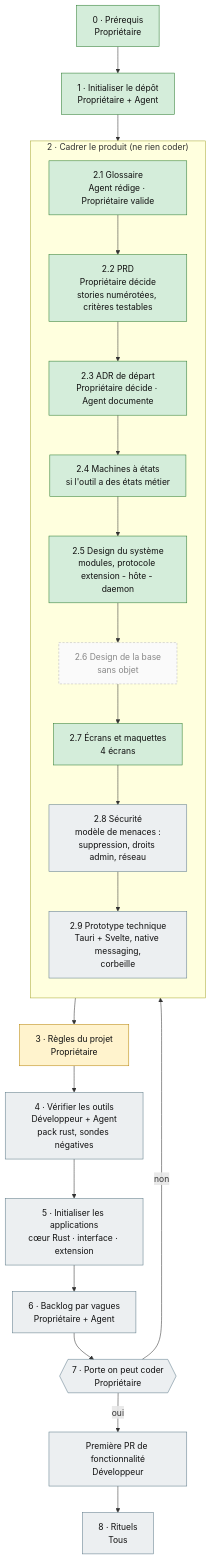
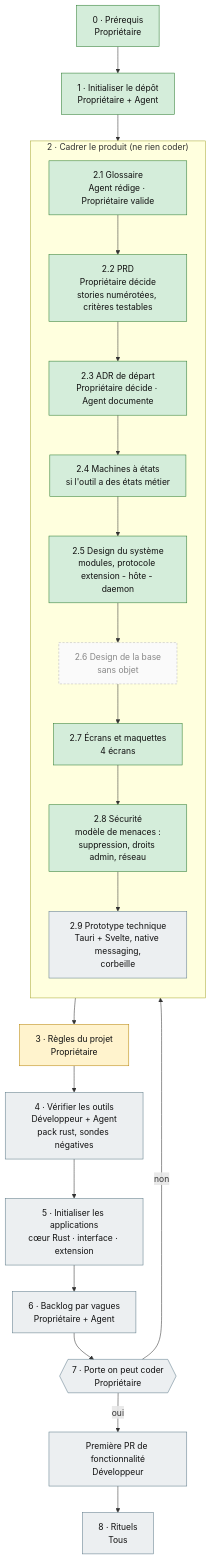
One commit to AresGn/Breathly changed the diagram in docs/parcours.md. Above: the diagram before and after it, drawn with Mermaid. The commit also changed other lines of this file and 6 other files, not shown here.

````diff
--- a/docs/parcours.md
+++ b/docs/parcours.md
@@ -21,36 +21,35 @@
 ```mermaid
 flowchart TD
     A0["0 · Prérequis<br/>Propriétaire"] --> A1["1 · Initialiser le dépôt<br/>Propriétaire + Agent"]
     A1 --> B
 
     subgraph B["2 · Cadrer le produit (ne rien coder)"]
         direction TB
         B1["2.1 Glossaire<br/>Agent rédige · Propriétaire valide"] --> B2["2.2 PRD<br/>Propriétaire décide<br/>stories numérotées, critères testables"]
         B2 --> B3["2.3 ADR de départ<br/>Propriétaire décide · Agent documente"]
         B3 --> B4["2.4 Machines à états<br/>si l'outil a des états métier"]
         B4 --> B5["2.5 Design du système<br/>modules, protocole extension - hôte - daemon"]
         B5 --> B6["2.6 Design de la base<br/>sans objet"]
         B6 --> B7["2.7 Écrans et maquettes<br/>4 écrans"]
         B7 --> B8["2.8 Sécurité<br/>modèle de menaces :<br/>suppression, droits admin, réseau"]
         B8 --> B9["2.9 Prototype technique<br/>Tauri + Svelte, native messaging,<br/>corbeille"]
     end
 
     B --> C["3 · Règles du projet<br/>Propriétaire"]
     C --> D["4 · Vérifier les outils<br/>Développeur + Agent<br/>pack rust, sondes négatives"]
     D --> E["5 · Initialiser les applications<br/>cœur Rust · interface · extension"]
     E --> F["6 · Backlog par vagues<br/>Propriétaire + Agent"]
     F --> G{{"7 · Porte on peut coder<br/>Propriétaire"}}
     G -- non --> B
     G -- oui --> H["Première PR de fonctionnalité<br/>Développeur"]
     H --> I["8 · Rituels<br/>Tous"]
 
     classDef done fill:#d4edda,stroke:#2e7d32,color:#111
     classDef progress fill:#fff3cd,stroke:#b8860b,color:#111
     classDef todo fill:#eceff1,stroke:#607d8b,color:#111
     classDef na fill:#fafafa,stroke:#bbb,stroke-dasharray: 4 3,color:#888
-    class A0,A1,B1,B2,B3,B4,B5 done
+    class A0,A1,B1,B2,B3,B4,B5,B7,B8 done
     class C progress
-    class B8,B9,D,E,F,G,H,I todo
-    class B7 done
+    class B9,D,E,F,G,H,I todo
     class B6 na
 ```
````
